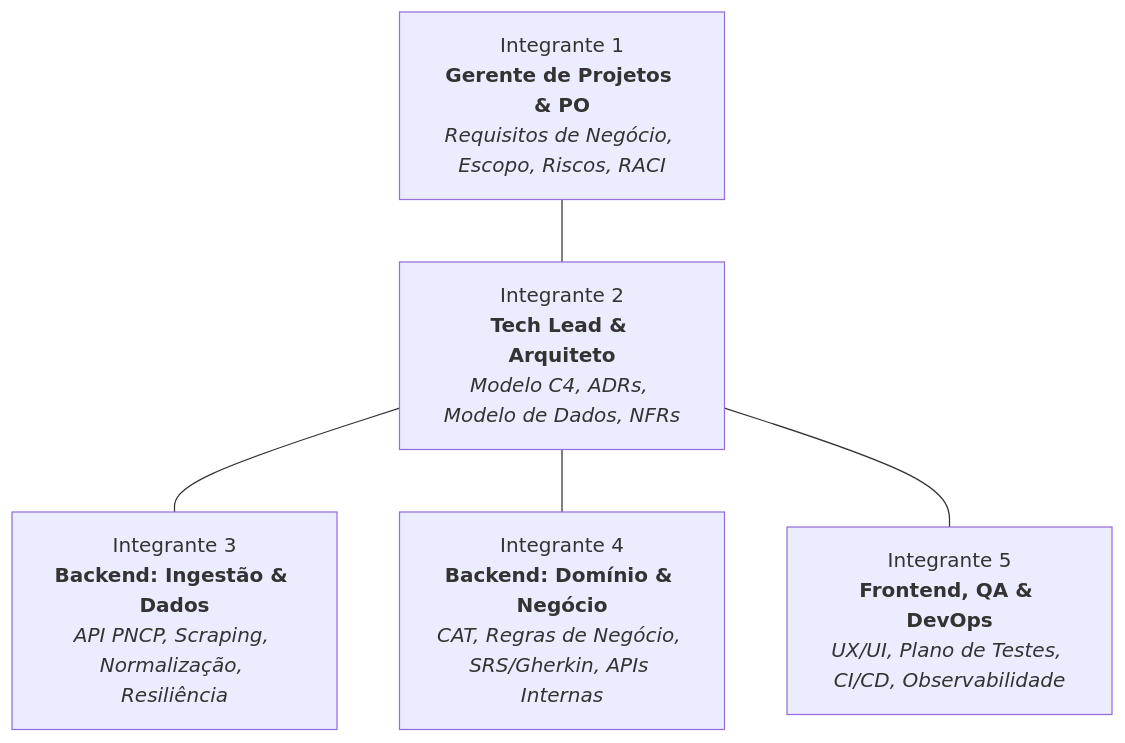
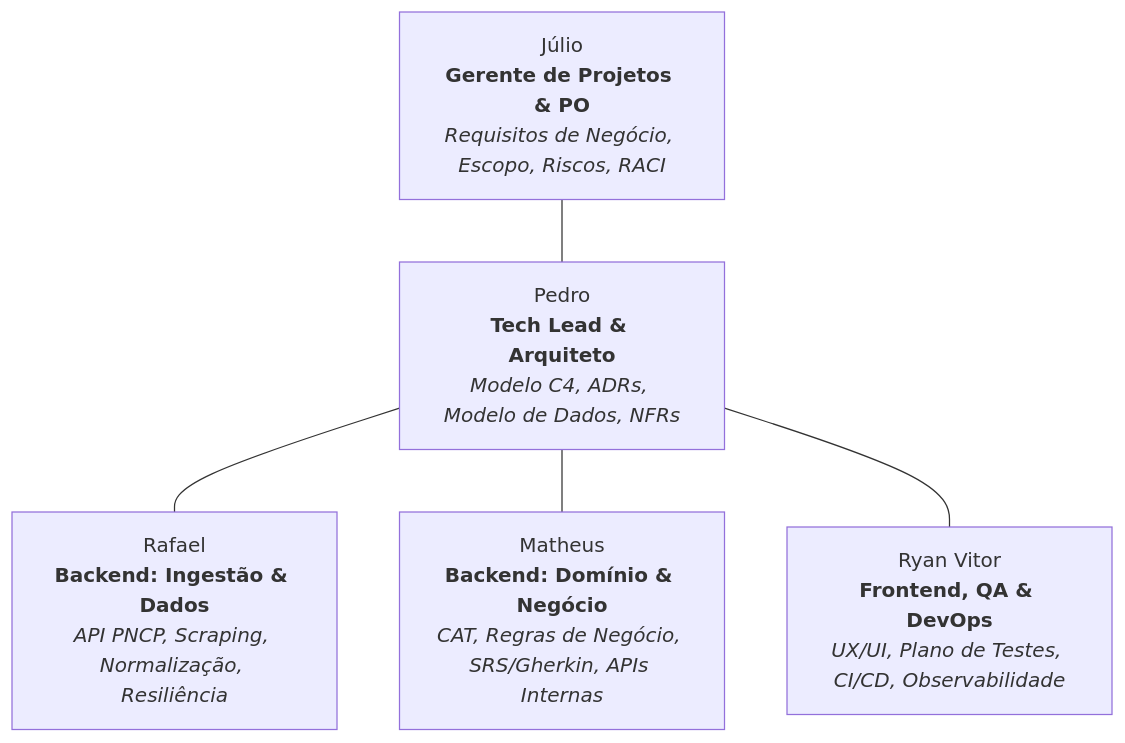
Before and after one commit to pedrocarvalhod3v/PROTOCOLO: the first of 3 diagrams in Escopo_e_Cronograma_Documentacao.md, drawn with Mermaid. The commit also changed other lines of this file and 1 other file, not shown here.

Commit message:
docs: atualizar nomes e papeis dos integrantes da equipe

````diff
--- a/Escopo_e_Cronograma_Documentacao.md
+++ b/Escopo_e_Cronograma_Documentacao.md
@@ -27,13 +27,13 @@
 ```mermaid
 graph TD
-    M1["Integrante 1<br/><b>Gerente de Projetos & PO</b><br/><i>Requisitos de Negócio, Escopo, Riscos, RACI</i>"]
-    M2["Integrante 2<br/><b>Tech Lead & Arquiteto</b><br/><i>Modelo C4, ADRs, Modelo de Dados, NFRs</i>"]
-    M3["Integrante 3<br/><b>Backend: Ingestão & Dados</b><br/><i>API PNCP, Scraping, Normalização, Resiliência</i>"]
-    M4["Integrante 4<br/><b>Backend: Domínio & Negócio</b><br/><i>CAT, Regras de Negócio, SRS/Gherkin, APIs Internas</i>"]
-    M5["Integrante 5<br/><b>Frontend, QA & DevOps</b><br/><i>UX/UI, Plano de Testes, CI/CD, Observabilidade</i>"]
+    M1["Júlio<br/><b>Gerente de Projetos & PO</b><br/><i>Requisitos de Negócio, Escopo, Riscos, RACI</i>"]
+    M2["Pedro<br/><b>Tech Lead & Arquiteto</b><br/><i>Modelo C4, ADRs, Modelo de Dados, NFRs</i>"]
+    M3["Rafael<br/><b>Backend: Ingestão & Dados</b><br/><i>API PNCP, Scraping, Normalização, Resiliência</i>"]
+    M4["Matheus<br/><b>Backend: Domínio & Negócio</b><br/><i>CAT, Regras de Negócio, SRS/Gherkin, APIs Internas</i>"]
+    M5["Ryan Vitor<br/><b>Frontend, QA & DevOps</b><br/><i>UX/UI, Plano de Testes, CI/CD, Observabilidade</i>"]
 
     M1 --- M2
     M2 --- M3
     M2 --- M4
     M2 --- M5
 ```
````
